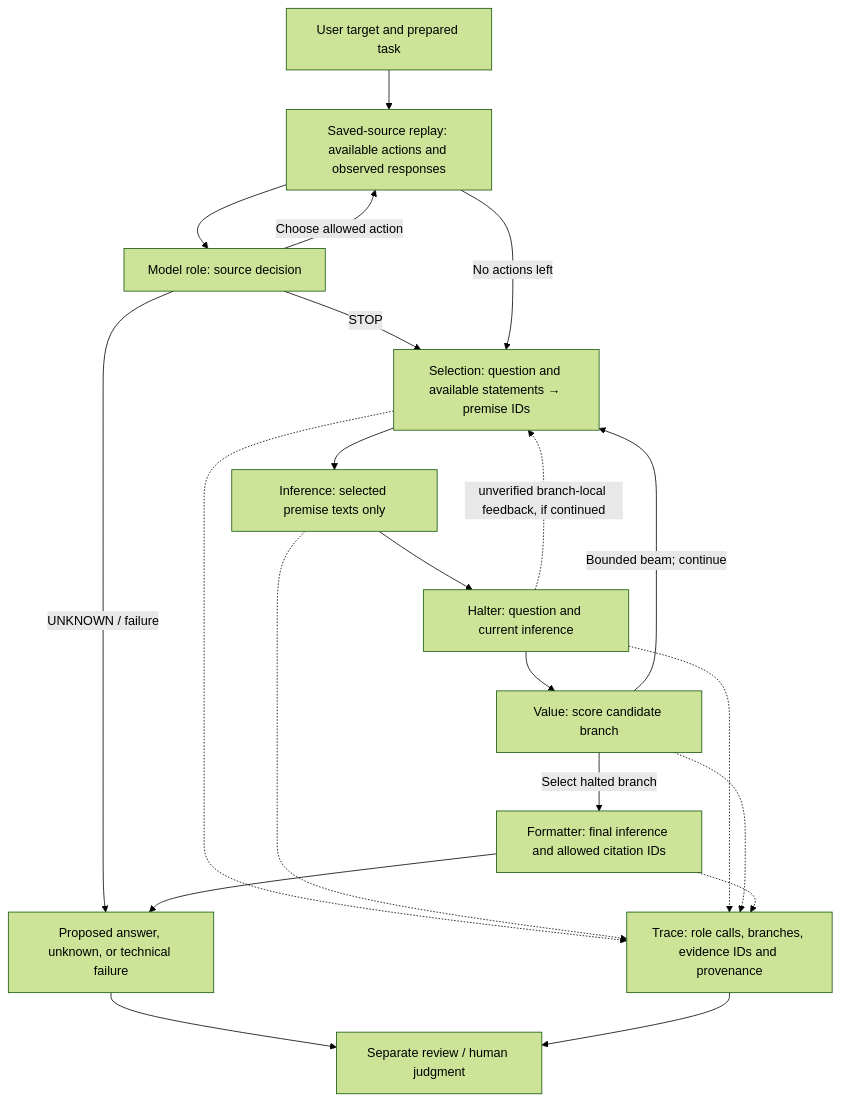
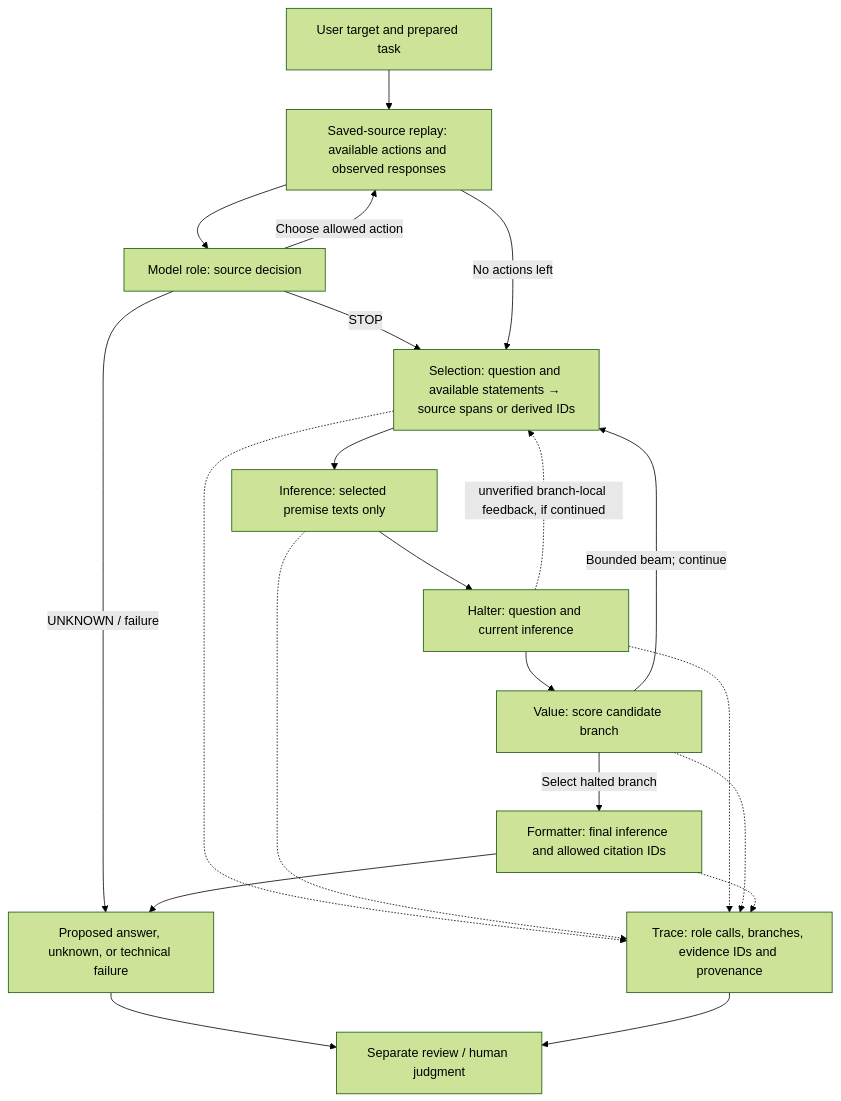
One commit to Silveroboros-dev/reductio-lab changed the diagram in docs/architecture.md. Above: the diagram before and after it, drawn with Mermaid (forest theme). The commit also changed other lines of this file and 10 other files, not shown here.

````diff
--- a/docs/architecture.md
+++ b/docs/architecture.md
@@ -7,23 +7,23 @@
 ```mermaid
 flowchart TD
     U["User target and prepared task"] --> R["Saved-source replay: available actions and observed responses"]
     R --> D["Model role: source decision"]
     D -->|"Choose allowed action"| R
     D -->|"STOP"| S
     R -->|"No actions left"| S
     D -->|"UNKNOWN / failure"| O
-    S["Selection: question and available statements → premise IDs"] --> I["Inference: selected premise texts only"]
+    S["Selection: question and available statements → source spans or derived IDs"] --> I["Inference: selected premise texts only"]
     I --> H["Halter: question and current inference"]
     H --> V["Value: score candidate branch"]
     H -. "unverified branch-local feedback, if continued" .-> S
     V -->|"Bounded beam; continue"| S
     V -->|"Select halted branch"| F["Formatter: final inference and allowed citation IDs"]
     F --> O["Proposed answer, unknown, or technical failure"]
     S -.-> T["Trace: role calls, branches, evidence IDs and provenance"]
     I -.-> T
     H -.-> T
     V -.-> T
     F -.-> T
     O --> J["Separate review / human judgment"]
     T --> J
 ```
````
